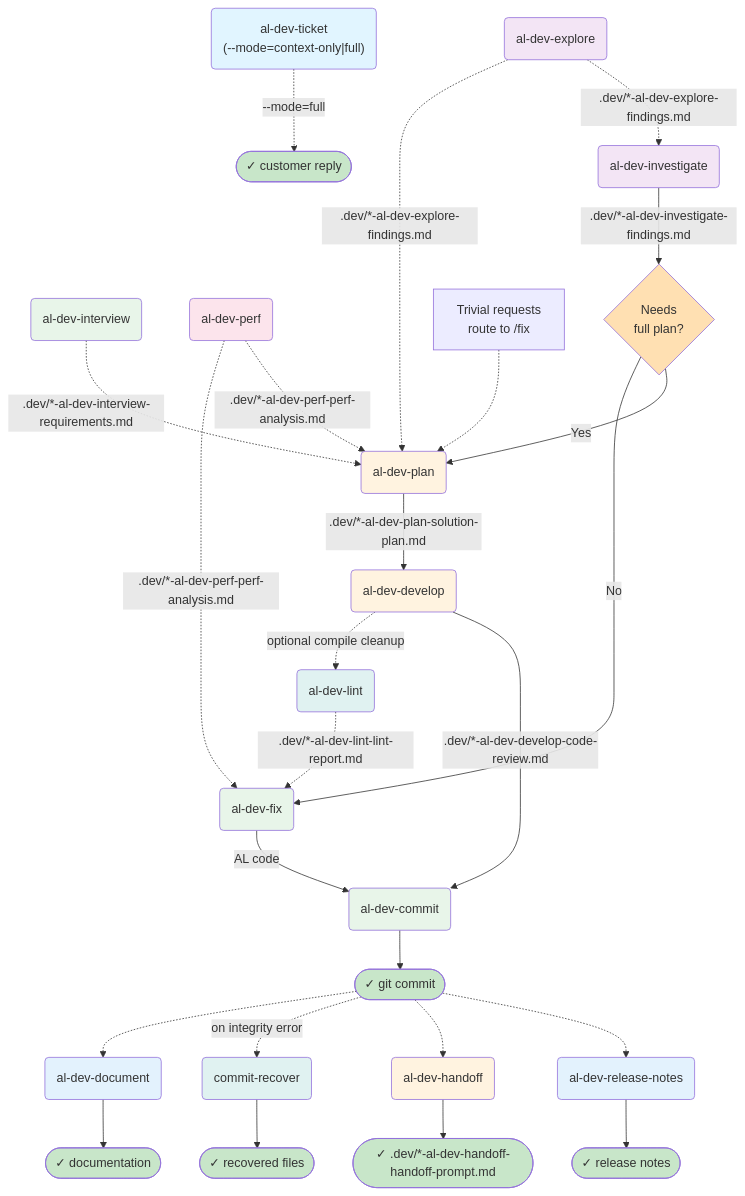
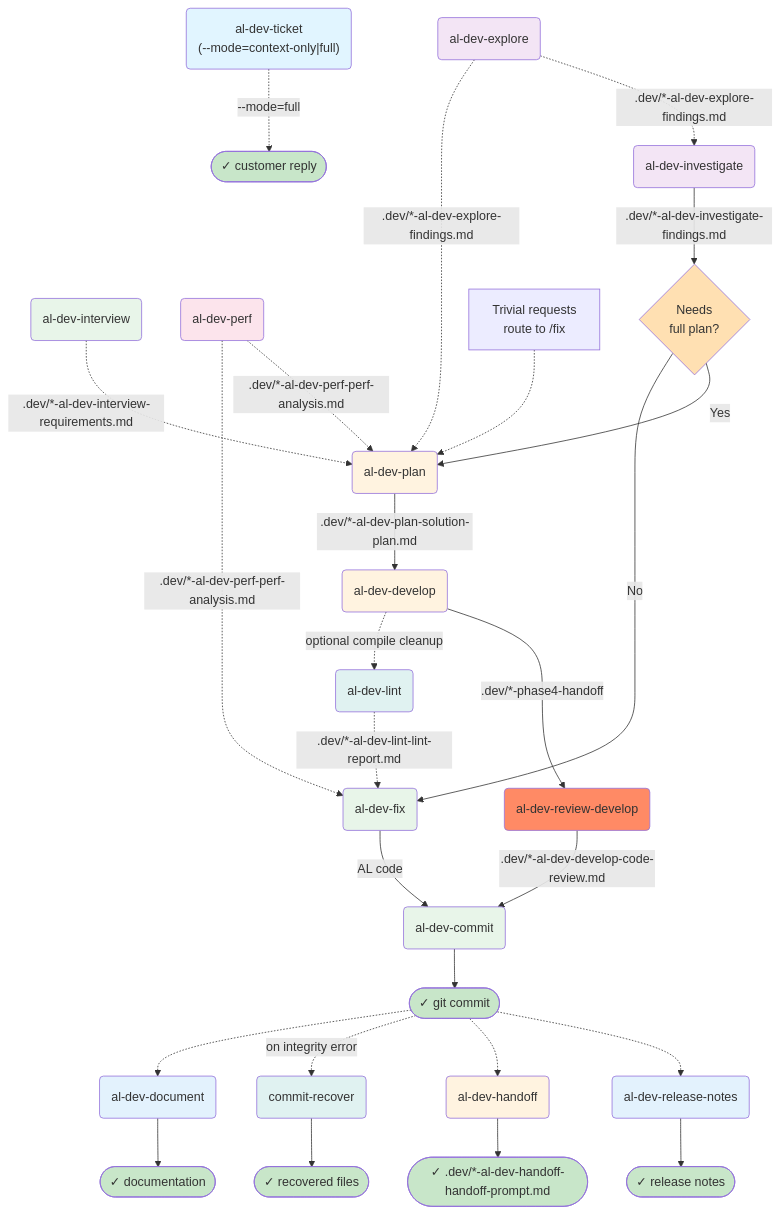
One commit to russell-laing/al-dev-shared changed the first of 19 diagrams in docs/al-dev-plugin-map.md. Above: the diagram before and after it, drawn with Mermaid. The commit also changed other lines of this file and 2 other files, not shown here.

Commit message:
feat: split /al-dev-develop into pre-flight and review orchestration skills

````diff
--- a/docs/al-dev-plugin-map.md
+++ b/docs/al-dev-plugin-map.md
@@ -14,64 +14,66 @@
 ```mermaid
 flowchart TD
     %% Pre-planning tributaries (optional)
     Explore("al-dev-explore") -.->|.dev/*-al-dev-explore-findings.md| Investigate
     Explore -.->|.dev/*-al-dev-explore-findings.md| Plan
     Interview("al-dev-interview") -.->|.dev/*-al-dev-interview-requirements.md| Plan
     Perf("al-dev-perf") -.->|.dev/*-al-dev-perf-perf-analysis.md| Plan
     Perf -.->|.dev/*-al-dev-perf-perf-analysis.md| FixDirect
 
     %% Entry points
     Ticket("al-dev-ticket<br/>(--mode=context-only|full)")
     Investigate("al-dev-investigate")
     FixDirect("al-dev-fix") -->|AL code| Commit("al-dev-commit")
 
     %% Investigation path branches
     Investigate -->|.dev/*-al-dev-investigate-findings.md| Decision1{Needs<br/>full plan?}
     Decision1 -->|Yes| Plan("al-dev-plan")
     Decision1 -->|No| FixDirect
 
     %% Main development spine
     Plan -->|.dev/*-al-dev-plan-solution-plan.md| Develop("al-dev-develop")
-    Develop -->|.dev/*-al-dev-develop-code-review.md| Commit
+    Develop -->|.dev/*-phase4-handoff| ReviewDevelop("al-dev-review-develop")
+    ReviewDevelop -->|.dev/*-al-dev-develop-code-review.md| Commit
 
     %% Lint feedback loop
     Develop -.->|optional compile cleanup| Lint("al-dev-lint")
     Lint -.->|.dev/*-al-dev-lint-lint-report.md| FixDirect
 
     %% Complexity gate within plan
     Note["Trivial requests<br/>route to /fix"] -.-> Plan
 
     %% Outputs
     Commit --> Git(["✓ git commit"])
     Git -.-> ReleaseNotes("al-dev-release-notes")
     ReleaseNotes --> Notes(["✓ release notes"])
     Git -.-> Handoff("al-dev-handoff")
     Handoff --> HandoffOut(["✓ .dev/*-al-dev-handoff-handoff-prompt.md"])
     Git -.->|on integrity error| Recover("commit-recover")
     Recover --> RecoverOut(["✓ recovered files"])
     Git -.-> Document("al-dev-document")
     Document --> DocOut(["✓ documentation"])
     Ticket -.->|--mode=full| Reply(["✓ customer reply"])
 
     style Ticket fill:#e1f5ff
     style Investigate fill:#f3e5f5
     style Explore fill:#f3e5f5
     style Interview fill:#e8f5e9
     style Plan fill:#fff3e0
     style Develop fill:#fff3e0
+    style ReviewDevelop fill:#ff8a65
     style FixDirect fill:#e8f5e9
     style Commit fill:#e8f5e9
     style Git fill:#c8e6c9
     style Notes fill:#c8e6c9
     style Reply fill:#c8e6c9
     style ReleaseNotes fill:#e3f2fd
     style Perf fill:#fce4ec
     style Lint fill:#e0f2f1
     style Handoff fill:#fff3e0
     style HandoffOut fill:#c8e6c9
     style Recover fill:#e0f2f1
     style RecoverOut fill:#c8e6c9
     style Document fill:#e3f2fd
     style DocOut fill:#c8e6c9
     style Decision1 fill:#ffe0b2
 ```
````
